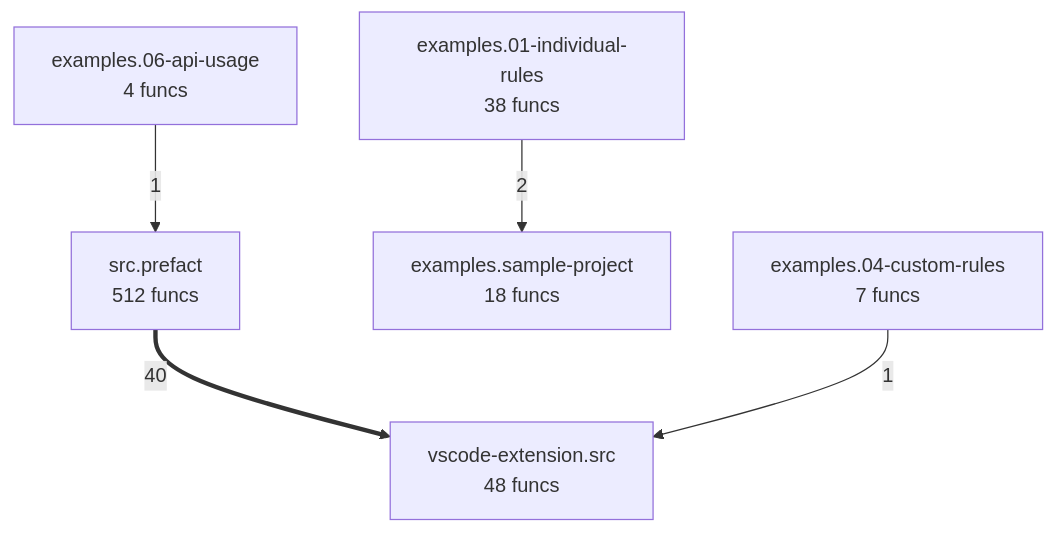
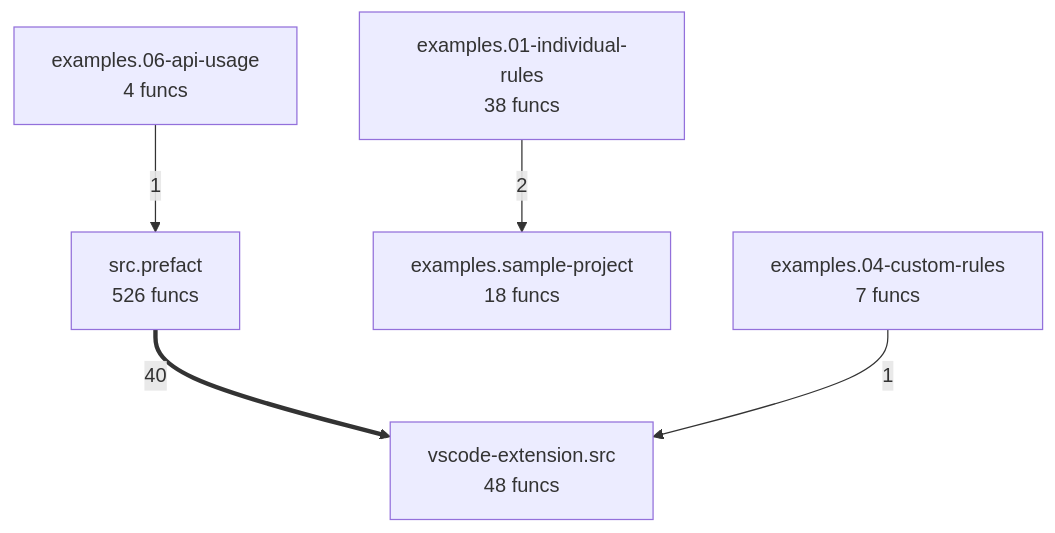
One commit to semcod/refactoring changed the diagram in project/compact_flow.mmd. Above: the diagram before and after it, drawn with Mermaid. The commit also changed 26 other files, not shown here.

```diff
--- a/project/compact_flow.mmd
+++ b/project/compact_flow.mmd
@@ -1,11 +1,11 @@
 flowchart TD
     examples__01_individual_rules["examples.01-individual-rules<br/>38 funcs"]
     examples__04_custom_rules["examples.04-custom-rules<br/>7 funcs"]
     examples__06_api_usage["examples.06-api-usage<br/>4 funcs"]
     examples__sample_project["examples.sample-project<br/>18 funcs"]
-    src__prefact["src.prefact<br/>512 funcs"]
+    src__prefact["src.prefact<br/>526 funcs"]
     vscode_extension__src["vscode-extension.src<br/>48 funcs"]
     src__prefact ==>|40| vscode_extension__src
     examples__01_individual_rules -->|2| examples__sample_project
+    examples__04_custom_rules -->|1| vscode_extension__src
     examples__06_api_usage -->|1| src__prefact
-    examples__04_custom_rules -->|1| vscode_extension__src
```
